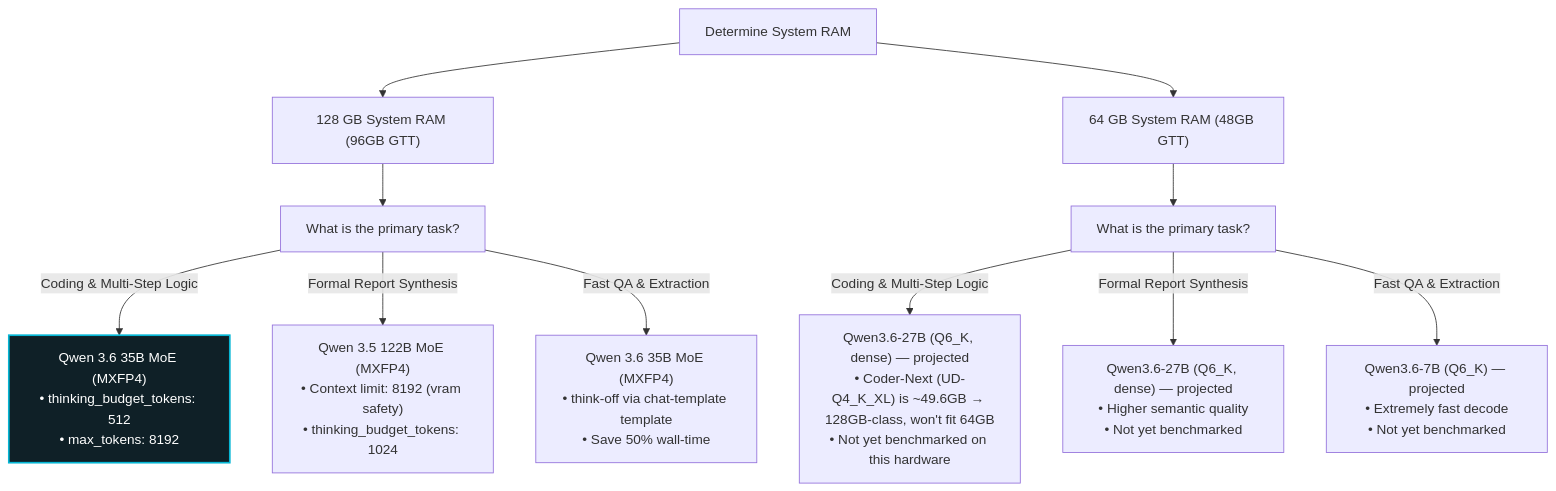
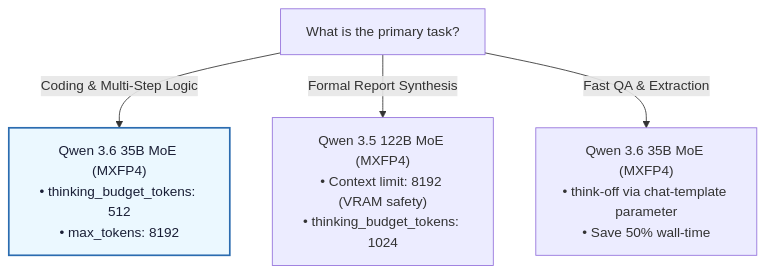
One commit to boxwrench/tesla_agent changed the diagram in reference/decision-tree.md. Above: the diagram before and after it, drawn with Mermaid. The commit also changed other lines of this file and 6 other files, not shown here.

Commit message:
Remove 64GB hardware references, selectors, and chart datasets

````diff
--- a/reference/decision-tree.md
+++ b/reference/decision-tree.md
@@ -5,24 +5,11 @@
 ```mermaid
 graph TD
-    Start["Determine System RAM"] --> RAM128["128 GB System RAM (96GB GTT)"]
-    Start --> RAM64["64 GB System RAM (48GB GTT)"]
+    Start["What is the primary task?"]
     
-    %% 128 GB Branch
-    RAM128 --> Goal128["What is the primary task?"]
+    Start -->|Coding & Multi-Step Logic| Code["Qwen 3.6 35B MoE (MXFP4)<br/>• thinking_budget_tokens: 512<br/>• max_tokens: 8192"]
+    style Code fill:#ebf8ff,stroke:#2b6cb0,stroke-width:2px,color:#1a1f36
     
-    Goal128 -->|Coding & Multi-Step Logic| Code128["Qwen 3.6 35B MoE (MXFP4)<br/>• thinking_budget_tokens: 512<br/>• max_tokens: 8192"]
-    style Code128 fill:#0f2027,stroke:#06b6d4,stroke-width:2px,color:#fff
+    Start -->|Formal Report Synthesis| Synth["Qwen 3.5 122B MoE (MXFP4)<br/>• Context limit: 8192 (VRAM safety)<br/>• thinking_budget_tokens: 1024"]
     
-    Goal128 -->|Formal Report Synthesis| Synth128["Qwen 3.5 122B MoE (MXFP4)<br/>• Context limit: 8192 (vram safety)<br/>• thinking_budget_tokens: 1024"]
-    
-    Goal128 -->|Fast QA & Extraction| Ext128["Qwen 3.6 35B MoE (MXFP4)<br/>• think-off via chat-template template<br/>• Save 50% wall-time"]
-    
-    %% 64 GB Branch
-    RAM64 --> Goal64["What is the primary task?"]
-    
-    Goal64 -->|Coding & Multi-Step Logic| Code64["Qwen3.6-27B (Q6_K, dense) — projected<br/>• Coder-Next (UD-Q4_K_XL) is ~49.6GB → 128GB-class, won't fit 64GB<br/>• Not yet benchmarked on this hardware"]
-    
-    Goal64 -->|Formal Report Synthesis| Synth64["Qwen3.6-27B (Q6_K, dense) — projected<br/>• Higher semantic quality<br/>• Not yet benchmarked"]
-    
-    Goal64 -->|Fast QA & Extraction| Ext64["Qwen3.6-7B (Q6_K) — projected<br/>• Extremely fast decode<br/>• Not yet benchmarked"]
+    Start -->|Fast QA & Extraction| Ext["Qwen 3.6 35B MoE (MXFP4)<br/>• think-off via chat-template parameter<br/>• Save 50% wall-time"]
 ```
````
